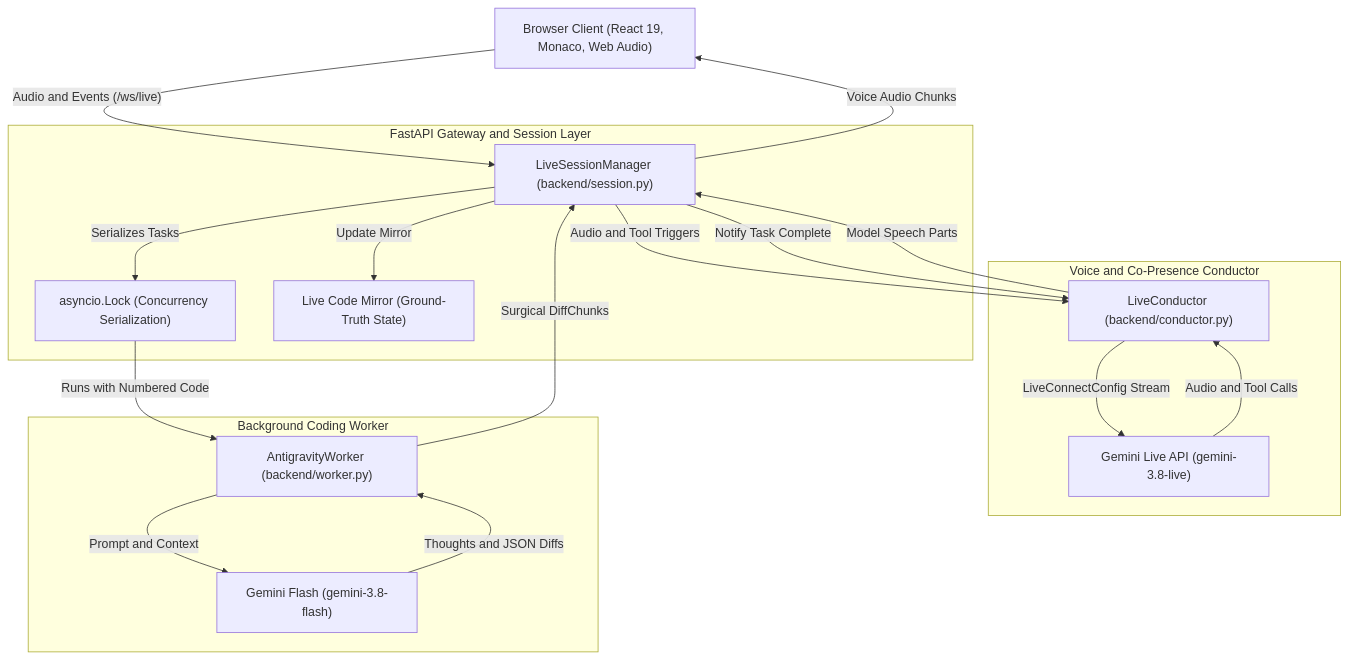
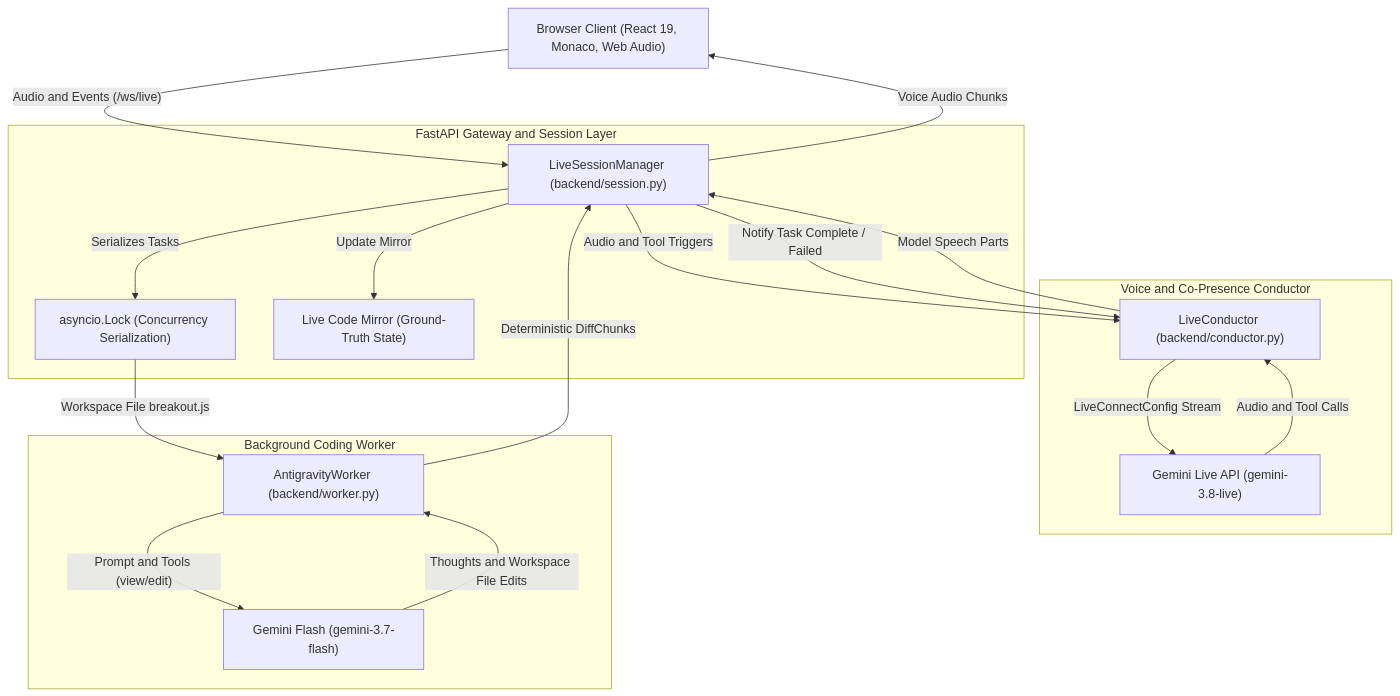
One commit to AndrewMason7/gemini-player-2 changed the diagram in README.md. Above: the diagram before and after it, drawn with Mermaid. The commit also changed other lines of this file and 15 other files, not shown here.

````diff
--- a/README.md
+++ b/README.md
@@ -22,35 +23,35 @@
 ```mermaid
 flowchart TD
     Client["Browser Client (React 19, Monaco, Web Audio)"]
 
     subgraph Gateway ["FastAPI Gateway and Session Layer"]
         Session["LiveSessionManager (backend/session.py)"]
         WorkerLock["asyncio.Lock (Concurrency Serialization)"]
         CodeMirror["Live Code Mirror (Ground-Truth State)"]
     end
 
     subgraph ConductorEngine ["Voice and Co-Presence Conductor"]
         Conductor["LiveConductor (backend/conductor.py)"]
         GeminiLive["Gemini Live API (gemini-3.8-live)"]
     end
 
     subgraph CodingEngine ["Background Coding Worker"]
         Worker["AntigravityWorker (backend/worker.py)"]
-        FlashModel["Gemini Flash (gemini-3.8-flash)"]
+        FlashModel["Gemini Flash (gemini-3.7-flash)"]
     end
 
     Client -->|"Audio and Events (/ws/live)"| Session
     Session -->|"Voice Audio Chunks"| Client
     Session -->|"Audio and Tool Triggers"| Conductor
     Conductor -->|"Model Speech Parts"| Session
     Conductor -->|"LiveConnectConfig Stream"| GeminiLive
     GeminiLive -->|"Audio and Tool Calls"| Conductor
 
     Session -->|"Serializes Tasks"| WorkerLock
-    WorkerLock -->|"Runs with Numbered Code"| Worker
-    Worker -->|"Prompt and Context"| FlashModel
-    FlashModel -->|"Thoughts and JSON Diffs"| Worker
-    Worker -->|"Surgical DiffChunks"| Session
+    WorkerLock -->|"Workspace File breakout.js"| Worker
+    Worker -->|"Prompt and Tools (view/edit)"| FlashModel
+    FlashModel -->|"Thoughts and Workspace File Edits"| Worker
+    Worker -->|"Deterministic DiffChunks"| Session
     Session -->|"Update Mirror"| CodeMirror
-    Session -->|"Notify Task Complete"| Conductor
+    Session -->|"Notify Task Complete / Failed"| Conductor
 ```
````
